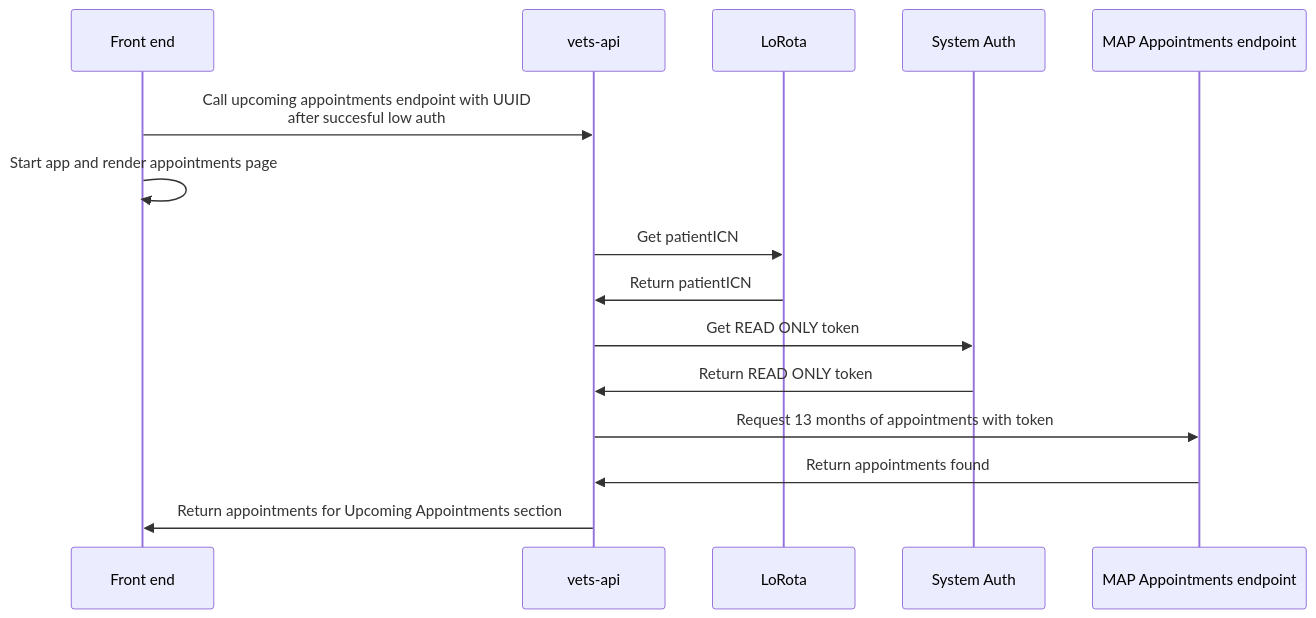
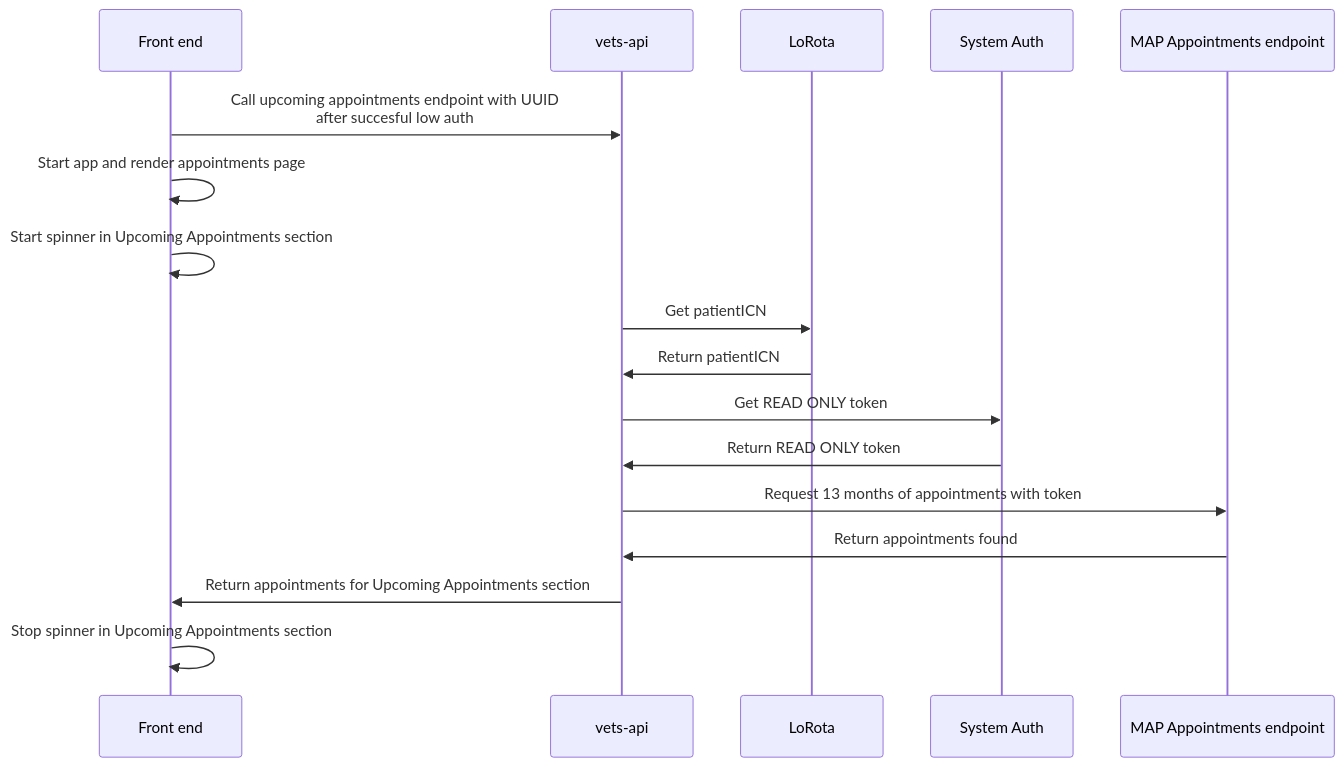
Before and after one commit to department-of-veterans-affairs/va.gov-team: the diagram in products/health-care/checkin/decisions/all-appointments-fetch.md, drawn with Mermaid.

````diff
--- a/products/health-care/checkin/decisions/all-appointments-fetch.md
+++ b/products/health-care/checkin/decisions/all-appointments-fetch.md
@@ -23,18 +23,20 @@
 ```mermaid
 sequenceDiagram
     participant FE as Front end
     participant va as vets-api
     participant lorota as LoRota
     participant sa as System Auth
     participant map as MAP Appointments endpoint
 
     FE->>va: Call upcoming appointments endpoint with UUID<br>after succesful low auth
     FE->>FE: Start app and render appointments page
+    FE->>FE: Start spinner in Upcoming Appointments section
     va->>lorota: Get patientICN
     lorota->>va: Return patientICN
     va->>sa: Get READ ONLY token
     sa->>va: Return READ ONLY token
     va->>map: Request 13 months of appointments with token
     map->>va: Return appointments found
     va->>FE: Return appointments for Upcoming Appointments section
+    FE->>FE: Stop spinner in Upcoming Appointments section
 ```
````
